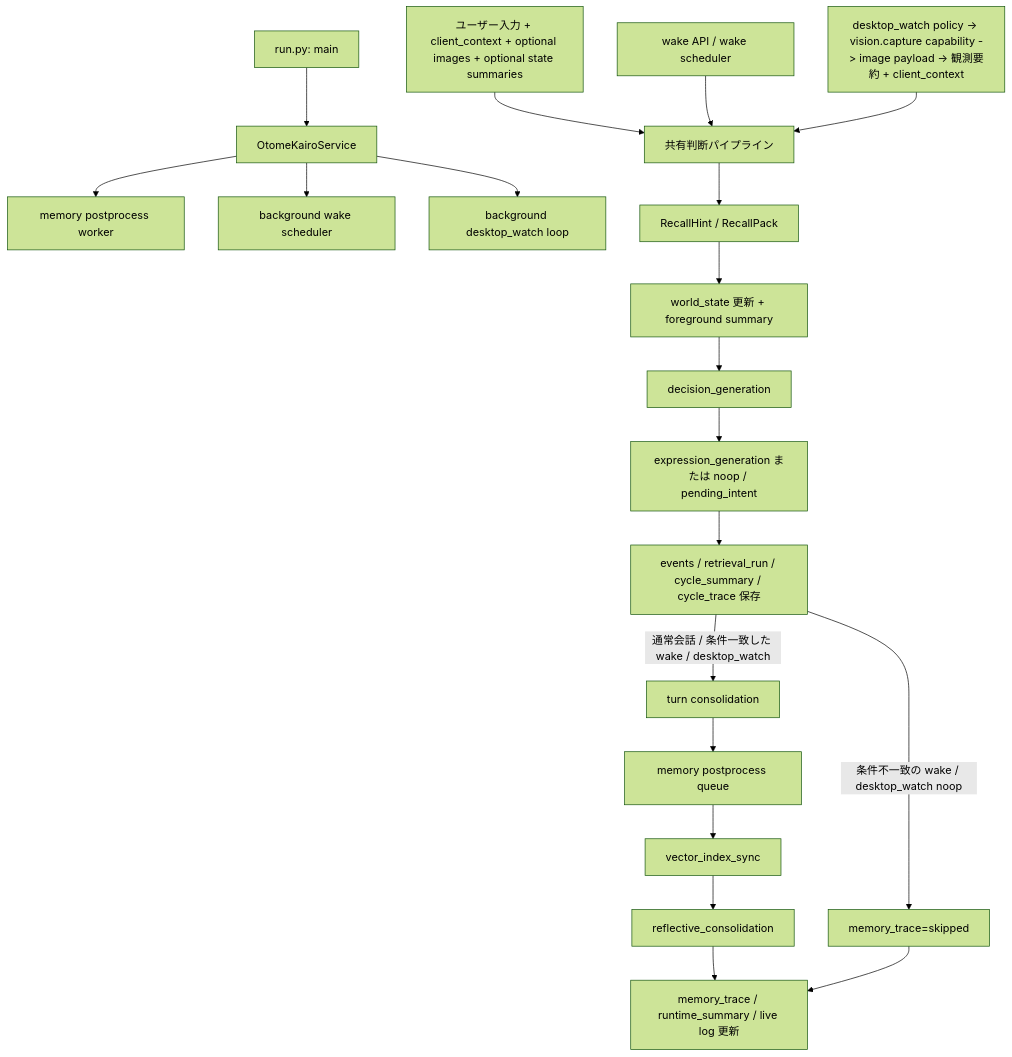
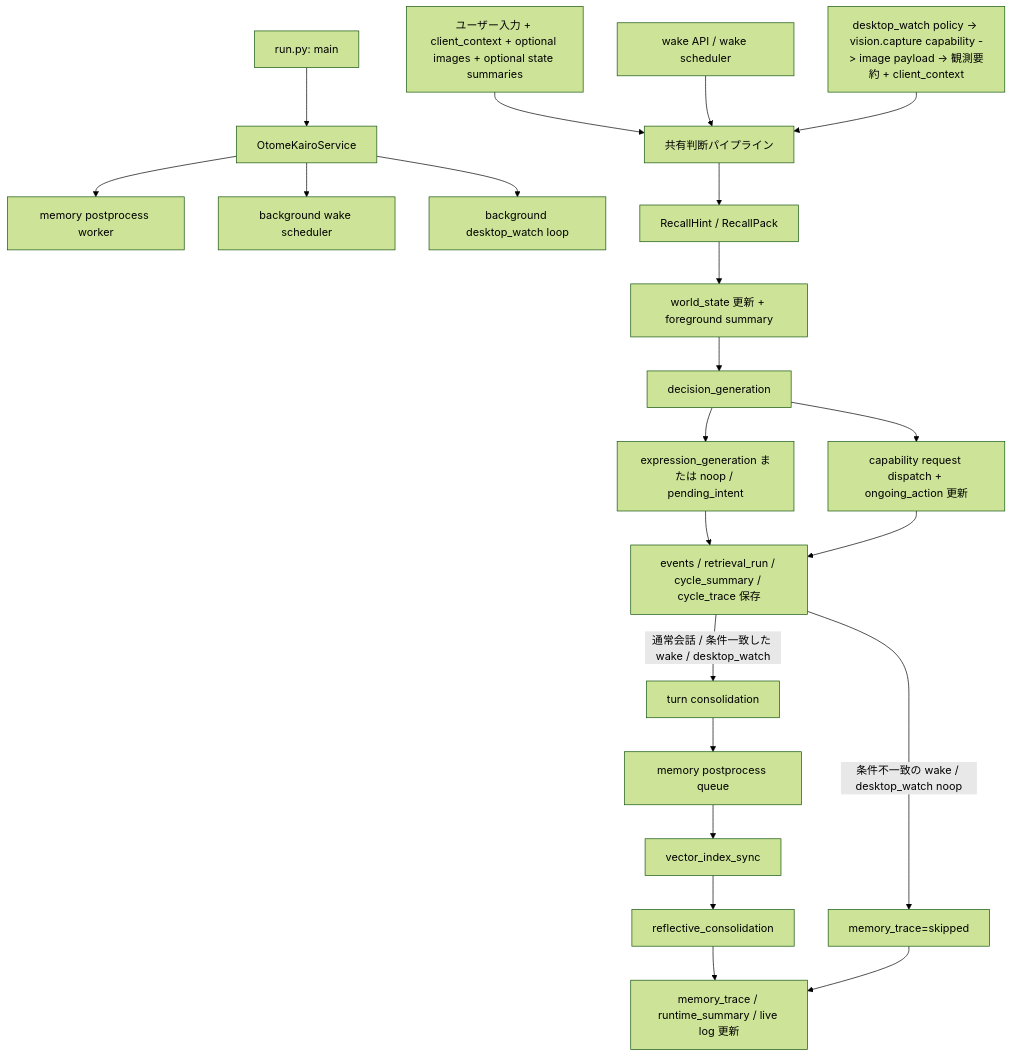
Before and after one commit to hirona98/OtomeKairo: the second of 4 diagrams in docs/plan/02_現行処理フロー.md, drawn with Mermaid (forest theme). The commit also changed other lines of this file and 13 other files, not shown here.

````diff
--- a/docs/plan/02_現行処理フロー.md
+++ b/docs/plan/02_現行処理フロー.md
@@ -102,25 +102,27 @@
 ```mermaid
 flowchart TD
     Start["run.py: main"] --> Service["OtomeKairoService"]
     Service --> Worker["memory postprocess worker"]
     Service --> WakeLoop["background wake scheduler"]
     Service --> WatchLoop["background desktop_watch loop"]
 
     User["ユーザー入力 + client_context + optional images + optional state summaries"] --> Shared["共有判断パイプライン"]
     WakeAPI["wake API / wake scheduler"] --> Shared
     Watch["desktop_watch policy -> vision.capture capability -> image payload -> 観測要約 + client_context"] --> Shared
 
     Shared --> Recall["RecallHint / RecallPack"]
     Recall --> WorldState["world_state 更新 + foreground summary"]
     WorldState --> Decision["decision_generation"]
     Decision --> Reply["expression_generation または noop / pending_intent"]
+    Decision --> CapReq["capability request dispatch + ongoing_action 更新"]
     Reply --> Persist["events / retrieval_run / cycle_summary / cycle_trace 保存"]
+    CapReq --> Persist
 
     Persist -->|通常会話 / 条件一致した wake / desktop_watch| Memory["turn consolidation"]
     Persist -->|条件不一致の wake / desktop_watch noop| SkipMemory["memory_trace=skipped"]
     Memory --> Queue["memory postprocess queue"]
     Queue --> Vec["vector_index_sync"]
     Vec --> Reflect["reflective_consolidation"]
     Reflect --> Update["memory_trace / runtime_summary / live log 更新"]
     SkipMemory --> Update
 ```
````
